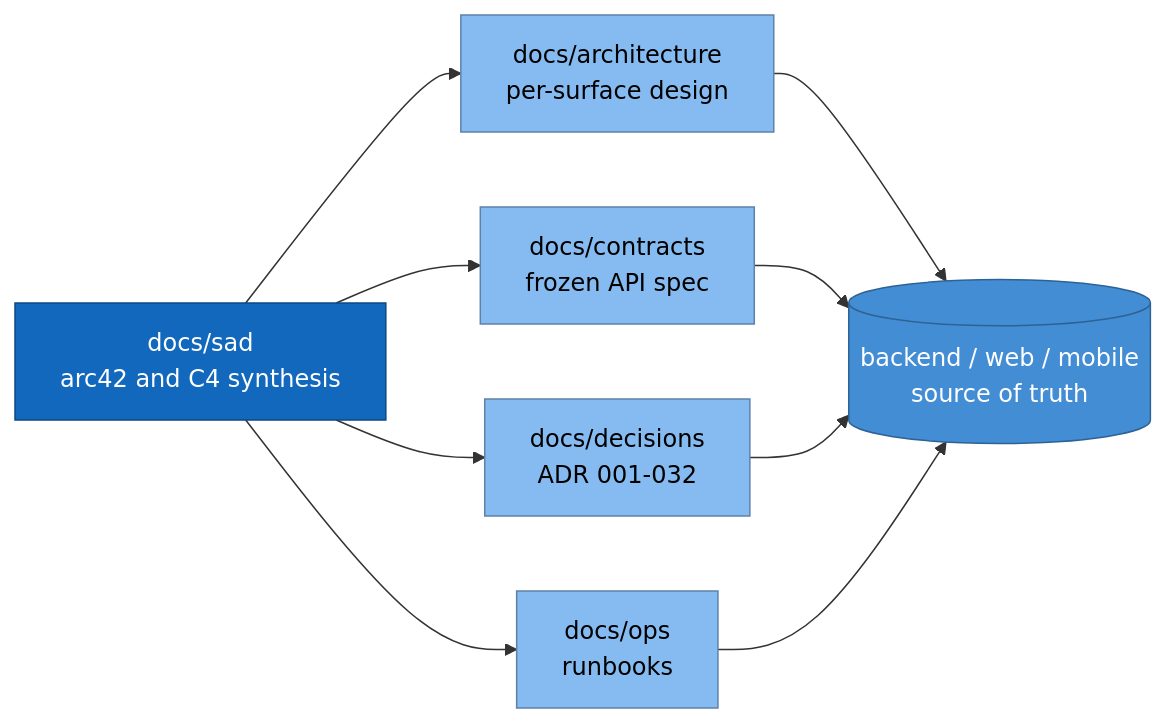
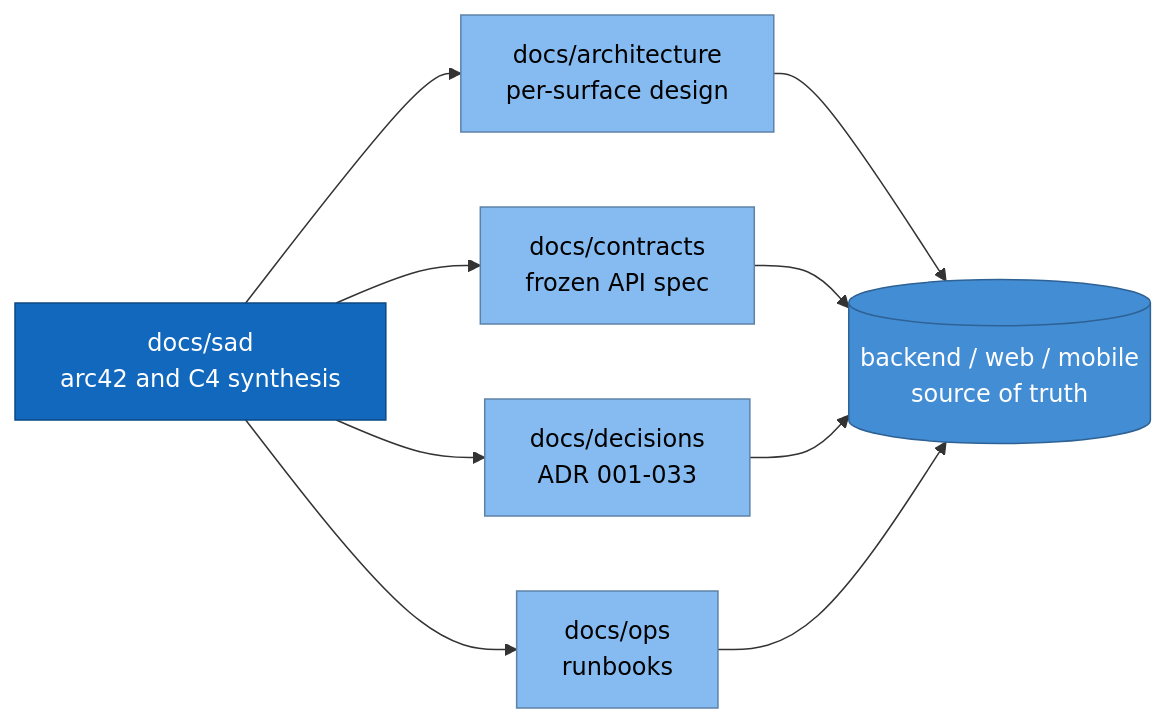
One commit to namphuongtran/familyroots changed the second of 2 diagrams in docs/sad/README.md. Above: the diagram before and after it, drawn with Mermaid. The commit also changed 2 other files, not shown here.

Commit message:
docs(sad): add Observability to crosscutting concepts, bump ADR count to 033
docs/sad merged from main after Task 6 landed, so the Observability section
skipped there is now addable. Section 8.9 gains correlation/logs/response-CORS/
metrics bullets cross-referencing ADR-033; the two other "ADR ...032" range
mentions (sad/README.md, 09-architecture-decisions.md) are bumped since this
branch's own ADR-033 made them stale.

Claude-Session: https://claude.ai/code/session_01U2cTqEcXrcJYo3qkKSUheT

````diff
--- a/docs/sad/README.md
+++ b/docs/sad/README.md
@@ -76,22 +76,22 @@
 ```mermaid
 graph LR
   sad[docs/sad<br/>arc42 and C4 synthesis]:::host
   arch[docs/architecture<br/>per-surface design]:::comp
   con[docs/contracts<br/>frozen API spec]:::comp
-  adr[docs/decisions<br/>ADR 001-032]:::comp
+  adr[docs/decisions<br/>ADR 001-033]:::comp
   ops[docs/ops<br/>runbooks]:::comp
   code[(backend / web / mobile<br/>source of truth)]:::store
 
   sad --> arch
   sad --> con
   sad --> adr
   sad --> ops
   arch --> code
   con --> code
   adr --> code
   ops --> code
 
   classDef host fill:#1168bd,stroke:#0b4884,color:#ffffff
   classDef comp fill:#85bbf0,stroke:#5d82a8,color:#000000
   classDef store fill:#438dd5,stroke:#2e6295,color:#ffffff
 ```
````
